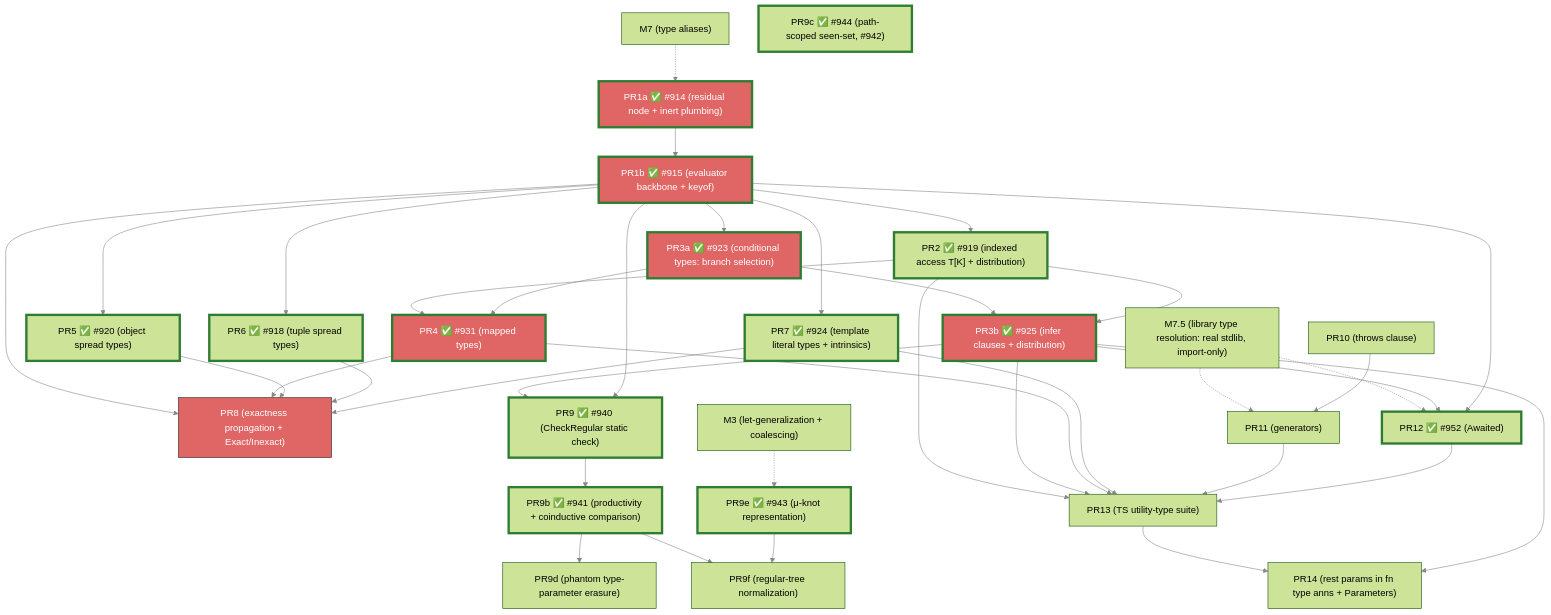
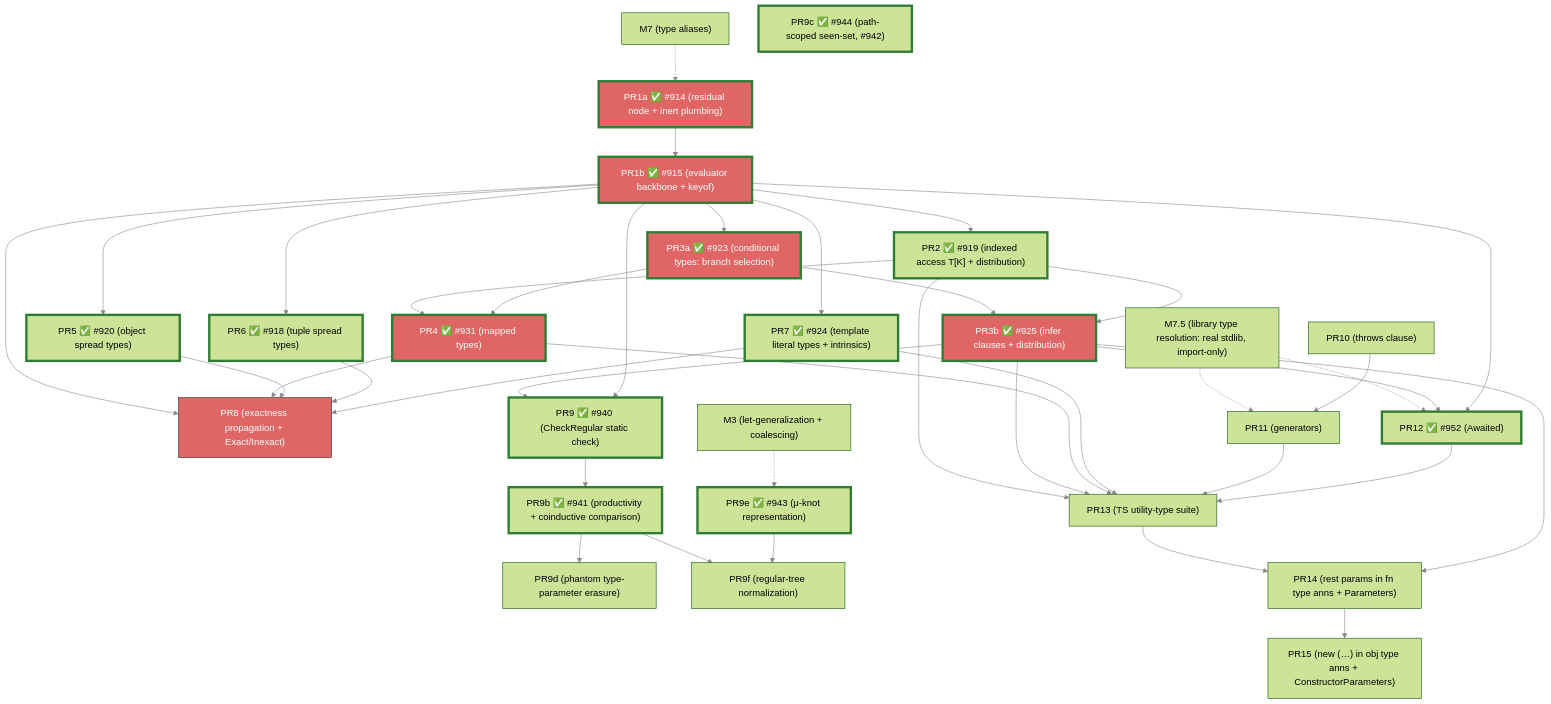
Before and after one commit to escalier-lang/escalier: the diagram in planning/simple_sub/m9-implementation-plan.md, drawn with Mermaid (forest theme). The commit also changed other lines of this file and 1 other file, not shown here.

First line of the commit message:
Plan PR15 for new (...) members in object type annotations

```diff
--- a/planning/simple_sub/m9-implementation-plan.md
+++ b/planning/simple_sub/m9-implementation-plan.md
@@ -1017,6 +1110,7 @@
     PR12["PR12 ✅ #952 (Awaited<T>)"]
     PR13["PR13 (TS utility-type suite)"]
     PR14["PR14 (rest params in fn type anns + Parameters<F>)"]
+    PR15["PR15 (new (…) in obj type anns + ConstructorParameters<C>)"]
 
     M7 -.-> PR1a
     M75 -.-> PR11
@@ -1055,6 +1149,7 @@
     PR12 --> PR13
     PR13 --> PR14
     PR3b --> PR14
+    PR14 --> PR15
 
     linkStyle default stroke:#888
     style PR1a fill:#e06666,stroke:#2e7d32,stroke-width:4px,color:#fff
```
